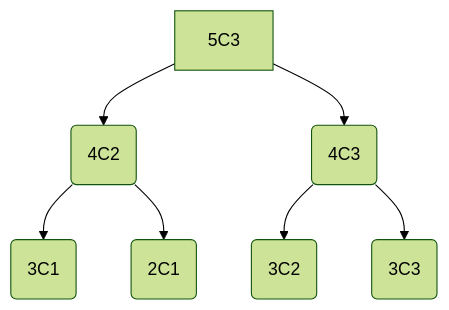
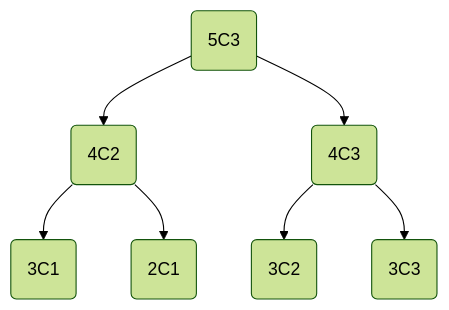
Before and after one commit to notfirefox/dynamic-programming: the second of 2 diagrams in README.md, drawn with Mermaid (forest theme).

````diff
--- a/README.md
+++ b/README.md
@@ -103,9 +103,10 @@
 ```mermaid
 graph TD;
+    5C3(5C3);
     5C3-->5C3_4C2(4C2);
     5C3-->5C3_4C3(4C3);
     5C3_4C2-->5C3_4C2_3C1(3C1);
     5C3_4C2-->5C3_4C2_2C1(2C1);
     5C3_4C3-->5C3_4C3_3C2(3C2);
     5C3_4C3-->5C3_4C3_3C3(3C3);
 ```
````
